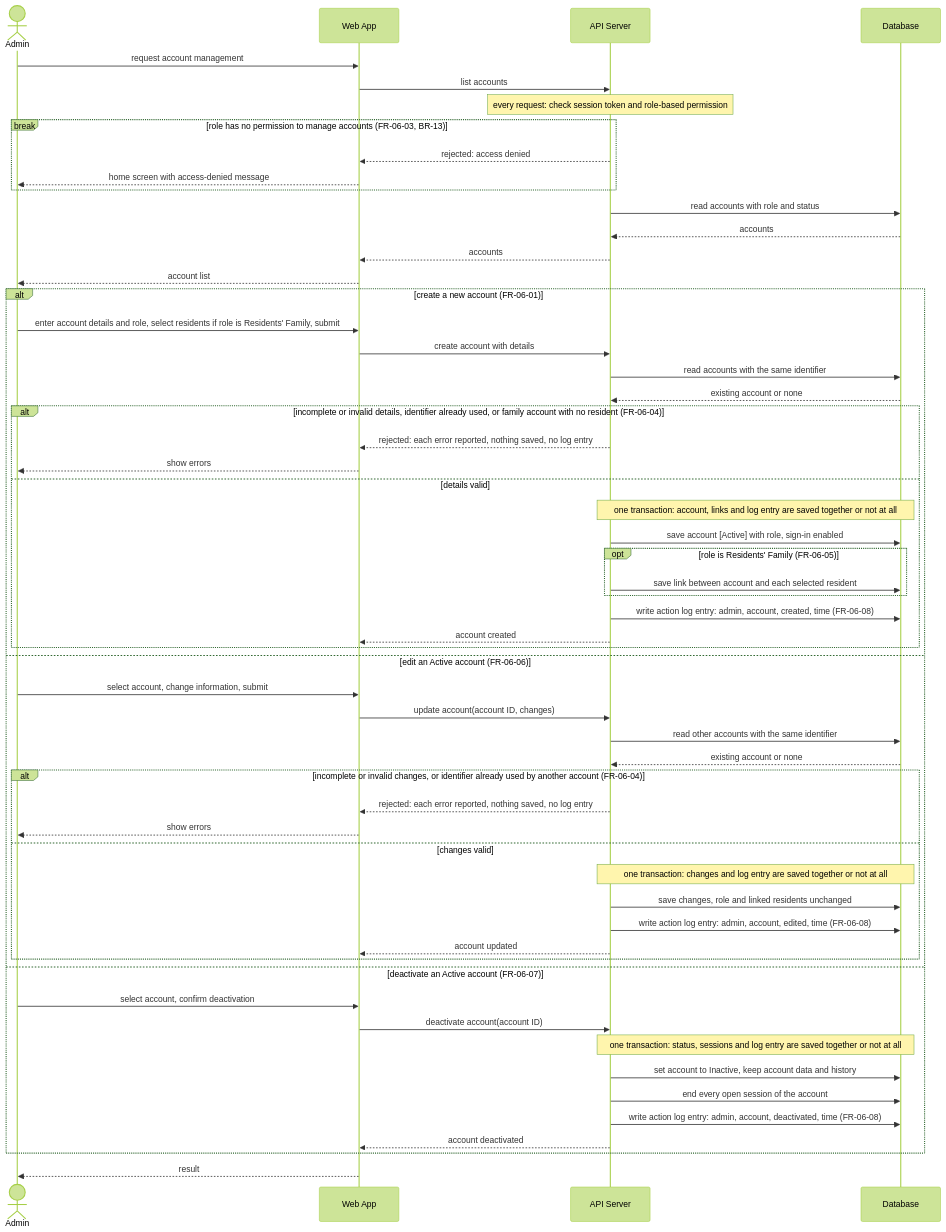
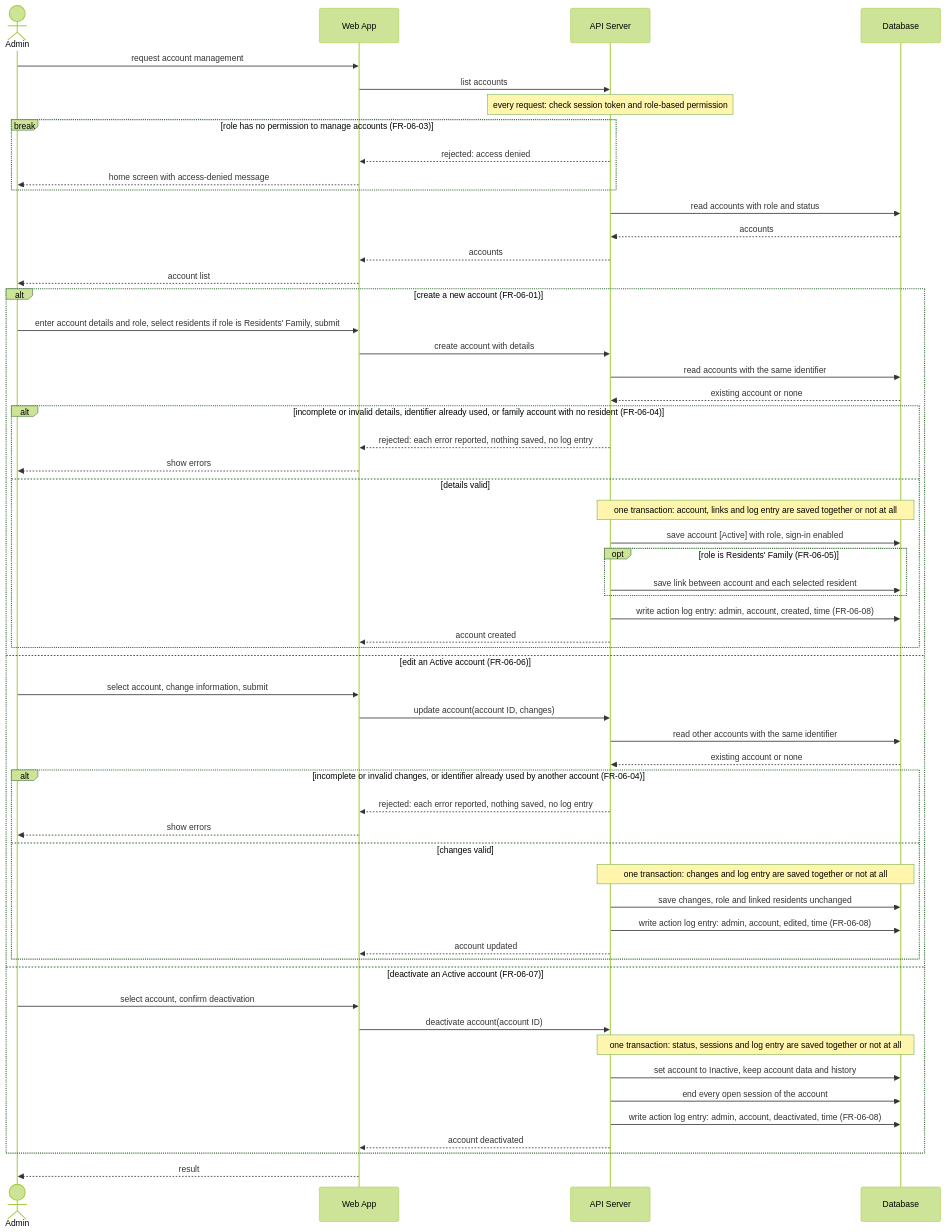
Before and after one commit to hatrang191/Dbiz2-GroupE-DienHongSystem: the diagram in docs/use-case/SD-UC-11.md, drawn with Mermaid (forest theme).

Commit message:
Update permission note in SD-UC-11
Removed reference to business rule BR-13 from the note about permissions.

````diff
--- a/docs/use-case/SD-UC-11.md
+++ b/docs/use-case/SD-UC-11.md
@@ -12,59 +12,59 @@
 ```mermaid
 sequenceDiagram
   actor A as Admin
   participant W as Web App
   participant S as API Server
   participant D as Database
   A->>W: request account management
   W->>S: list accounts
   Note over S: every request: check session token and role-based permission
-  break role has no permission to manage accounts (FR-06-03, BR-13)
+  break role has no permission to manage accounts (FR-06-03)
     S-->>W: rejected: access denied
     W-->>A: home screen with access-denied message
   end
   S->>D: read accounts with role and status
   D-->>S: accounts
   S-->>W: accounts
   W-->>A: account list
   alt create a new account (FR-06-01)
     A->>W: enter account details and role, select residents if role is Residents' Family, submit
     W->>S: create account with details
     S->>D: read accounts with the same identifier
     D-->>S: existing account or none
     alt incomplete or invalid details, identifier already used, or family account with no resident (FR-06-04)
       S-->>W: rejected: each error reported, nothing saved, no log entry
       W-->>A: show errors
     else details valid
       Note over S,D: one transaction: account, links and log entry are saved together or not at all
       S->>D: save account [Active] with role, sign-in enabled
       opt role is Residents' Family (FR-06-05)
         S->>D: save link between account and each selected resident
       end
       S->>D: write action log entry: admin, account, created, time (FR-06-08)
       S-->>W: account created
     end
   else edit an Active account (FR-06-06)
     A->>W: select account, change information, submit
     W->>S: update account(account ID, changes)
     S->>D: read other accounts with the same identifier
     D-->>S: existing account or none
     alt incomplete or invalid changes, or identifier already used by another account (FR-06-04)
       S-->>W: rejected: each error reported, nothing saved, no log entry
       W-->>A: show errors
     else changes valid
       Note over S,D: one transaction: changes and log entry are saved together or not at all
       S->>D: save changes, role and linked residents unchanged
       S->>D: write action log entry: admin, account, edited, time (FR-06-08)
       S-->>W: account updated
     end
   else deactivate an Active account (FR-06-07)
     A->>W: select account, confirm deactivation
     W->>S: deactivate account(account ID)
     Note over S,D: one transaction: status, sessions and log entry are saved together or not at all
     S->>D: set account to Inactive, keep account data and history
     S->>D: end every open session of the account
     S->>D: write action log entry: admin, account, deactivated, time (FR-06-08)
     S-->>W: account deactivated
   end
   W-->>A: result
 ```
````
